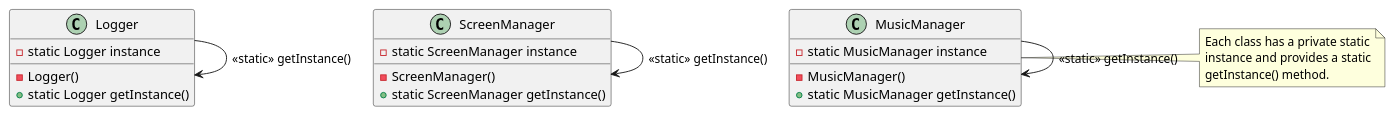
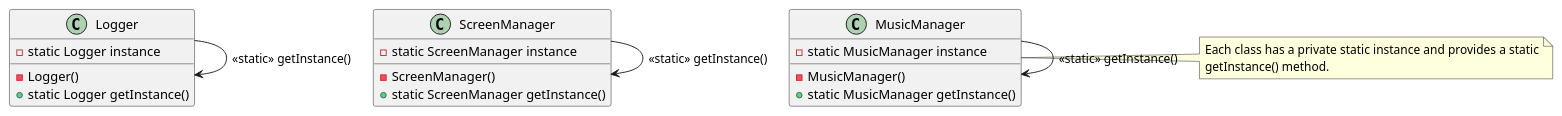
Before and after one commit to emillub/FishMiner: the diagram in architectureDiagrams/puml/logicalView/singletons.puml, drawn with PlantUML. The commit also changed 17 other files, not shown here.

Commit message:
docs: add puml diagrams for current structure

```diff
--- a/architectureDiagrams/puml/logicalView/singletons.puml
+++ b/architectureDiagrams/puml/logicalView/singletons.puml
@@ -1,27 +1,27 @@
 @startuml SingletonPattern
 
 class Logger {
     - static Logger instance
     - Logger()
     + static Logger getInstance()
 }
 
 class ScreenManager {
     - static ScreenManager instance
     - ScreenManager()
     + static ScreenManager getInstance()
 }
 
 class MusicManager {
     - static MusicManager instance
     - MusicManager()
     + static MusicManager getInstance()
 }
 
 Logger -> Logger : <<static>> getInstance()
 ScreenManager -> ScreenManager : <<static>> getInstance()
 MusicManager -> MusicManager : <<static>> getInstance()
 
-note right: Each class has a private static\ninstance and provides a static\ngetInstance() method.
+note right: Each class has a private static instance and provides a static\ngetInstance() method.
 
 @enduml
```
